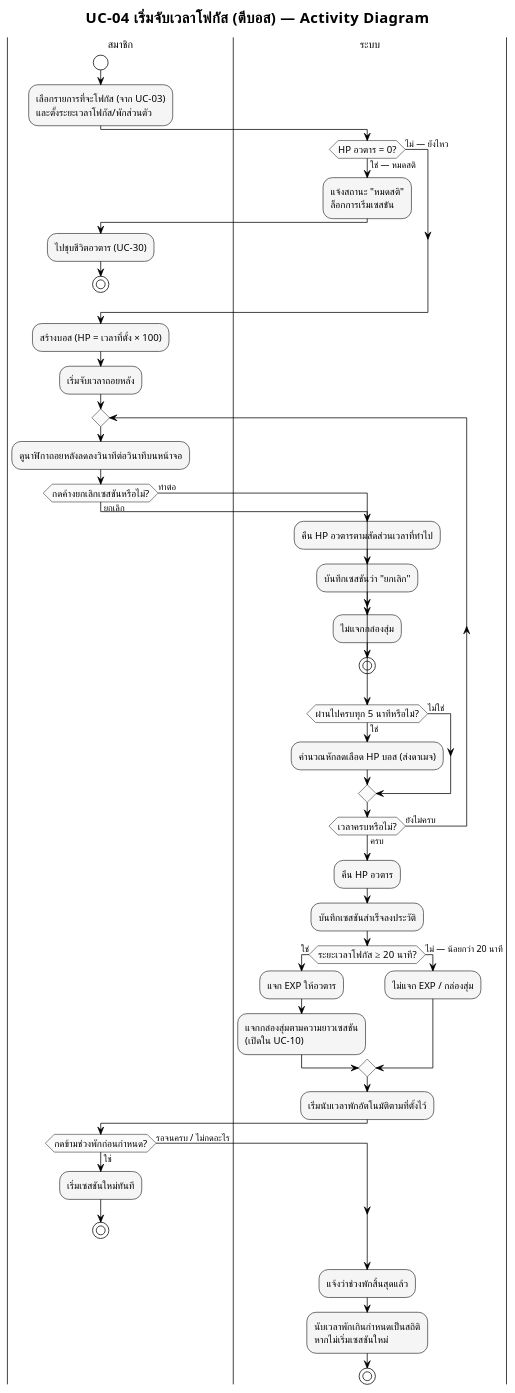
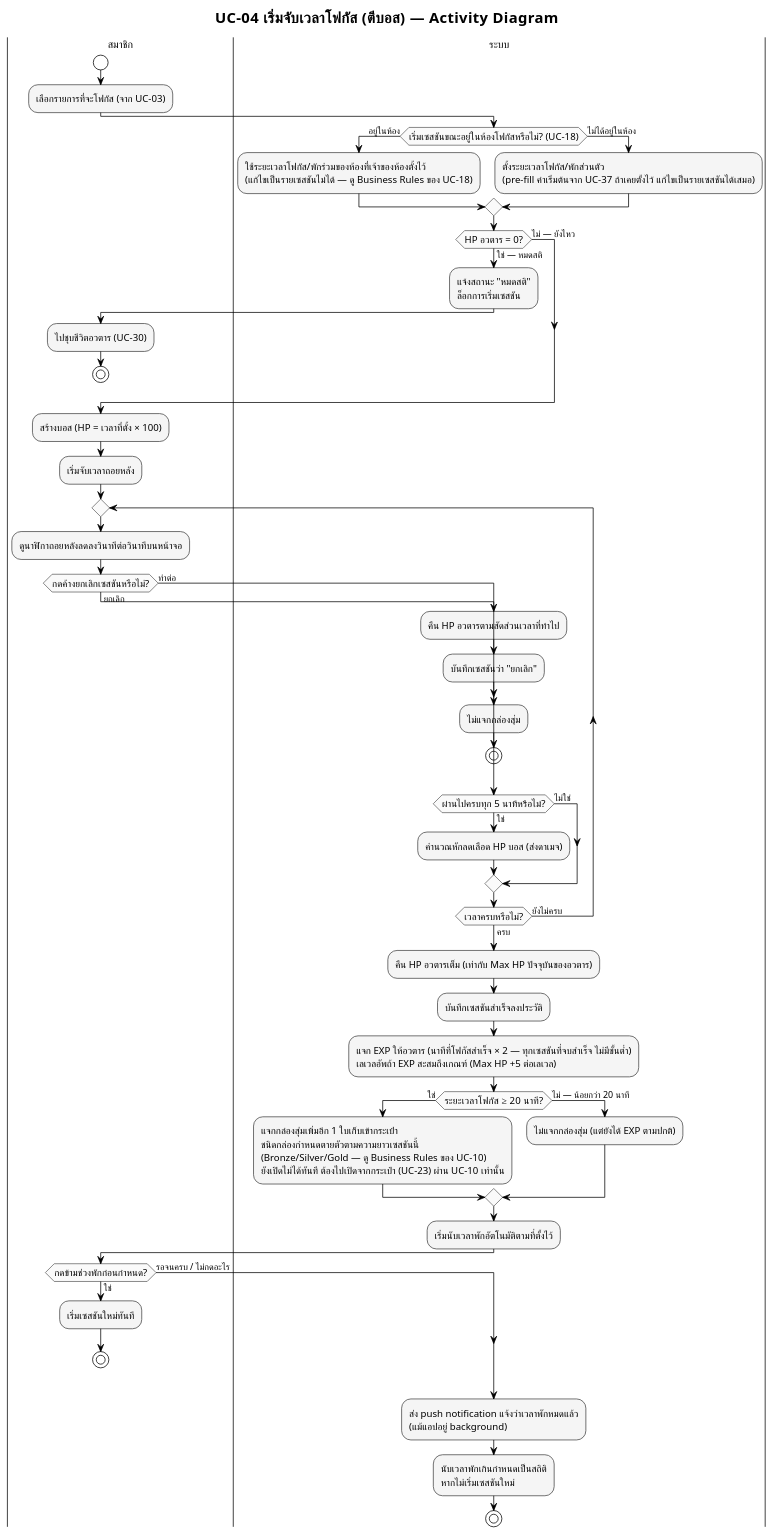
One commit to popotaroman-cloud/dssiprj-pad changed the diagram in proposal/usecase/activity_module2_uc04.puml. Above: the diagram before and after it, drawn with PlantUML. The commit also changed 34 other files, not shown here.

```diff
--- a/proposal/usecase/activity_module2_uc04.puml
+++ b/proposal/usecase/activity_module2_uc04.puml
@@ -1,86 +1,92 @@
 @startuml M2_activity_เริ่มจับเวลาโฟกัส
 !pragma layout smetana
 skinparam defaultFontName "TH Sarabun New"
 skinparam defaultFontSize 14
 
 !theme plain
 skinparam titleFontName "TH Sarabun New"
 skinparam titleFontSize 20
 skinparam noteFontName "TH Sarabun New"
 skinparam ArrowFontName "TH Sarabun New"
 skinparam ArrowFontSize 12
 skinparam swimlaneTitleFontName "TH Sarabun New"
 skinparam swimlaneTitleFontSize 14
 
 skinparam activity {
   BackgroundColor #F5F5F5
   BorderColor #424242
   FontName "TH Sarabun New"
   FontSize 13
   DiamondBackgroundColor #FAFAFA
   DiamondBorderColor #616161
 }
 
 title UC-04 เริ่มจับเวลาโฟกัส (ตีบอส) — Activity Diagram
 
 |สมาชิก|
 start
-:เลือกรายการที่จะโฟกัส (จาก UC-03)\nและตั้งระยะเวลาโฟกัส/พักส่วนตัว;
+:เลือกรายการที่จะโฟกัส (จาก UC-03);
 
 |ระบบ|
+if (เริ่มเซสชันขณะอยู่ในห้องโฟกัสหรือไม่? (UC-18)) then (อยู่ในห้อง)
+  :ใช้ระยะเวลาโฟกัส/พักร่วมของห้องที่เจ้าของห้องตั้งไว้\n(แก้ไขเป็นรายเซสชันไม่ได้ — ดู Business Rules ของ UC-18);
+else (ไม่ได้อยู่ในห้อง)
+  :ตั้งระยะเวลาโฟกัส/พักส่วนตัว\n(pre-fill ค่าเริ่มต้นจาก UC-37 ถ้าเคยตั้งไว้ แก้ไขเป็นรายเซสชันได้เสมอ);
+endif
+
 if (HP อวตาร = 0?) then (ใช่ — หมดสติ)
   :แจ้งสถานะ "หมดสติ"\nล็อกการเริ่มเซสชัน;
   |สมาชิก|
   :ไปชุบชีวิตอวตาร (UC-30);
   stop
 else (ไม่ — ยังไหว)
 endif
 
 :สร้างบอส (HP = เวลาที่ตั้ง × 100);
 :เริ่มจับเวลาถอยหลัง;
 
 |สมาชิก|
 repeat
   :ดูนาฬิกาถอยหลังลดลงวินาทีต่อวินาทีบนหน้าจอ;
   if (กดค้างยกเลิกเซสชันหรือไม่?) then (ยกเลิก)
     |ระบบ|
     :คืน HP อวตารตามสัดส่วนเวลาที่ทำไป;
     :บันทึกเซสชันว่า "ยกเลิก";
     :ไม่แจกกล่องสุ่ม;
     stop
   else (ทำต่อ)
   endif
   |ระบบ|
   if (ผ่านไปครบทุก 5 นาทีหรือไม่?) then (ใช่)
     :คำนวณหักลดเลือด HP บอส (ส่งดาเมจ);
   else (ไม่ใช่)
   endif
 repeat while (เวลาครบหรือไม่?) is (ยังไม่ครบ) not (ครบ)
 
 |ระบบ|
-:คืน HP อวตาร;
+:คืน HP อวตารเต็ม (เท่ากับ Max HP ปัจจุบันของอวตาร);
 :บันทึกเซสชันสำเร็จลงประวัติ;
 
+:แจก EXP ให้อวตาร (นาทีที่โฟกัสสำเร็จ × 2 — ทุกเซสชันที่จบสำเร็จ ไม่มีขั้นต่ำ)\nเลเวลอัพถ้า EXP สะสมถึงเกณฑ์ (Max HP +5 ต่อเลเวล);
 if (ระยะเวลาโฟกัส ≥ 20 นาที?) then (ใช่)
-  :แจก EXP ให้อวตาร;
-  :แจกกล่องสุ่มตามความยาวเซสชัน\n(เปิดใน UC-10);
+  :แจกกล่องสุ่มเพิ่มอีก 1 ใบเก็บเข้ากระเป๋า\nชนิดกล่องกำหนดตายตัวตามความยาวเซสชันนี้\n(Bronze/Silver/Gold — ดู Business Rules ของ UC-10)\nยังเปิดไม่ได้ทันที ต้องไปเปิดจากกระเป๋า (UC-23) ผ่าน UC-10 เท่านั้น;
 else (ไม่ — น้อยกว่า 20 นาที)
-  :ไม่แจก EXP / กล่องสุ่ม;
+  :ไม่แจกกล่องสุ่ม (แต่ยังได้ EXP ตามปกติ);
 endif
 
 :เริ่มนับเวลาพักอัตโนมัติตามที่ตั้งไว้;
 
 |สมาชิก|
 if (กดข้ามช่วงพักก่อนกำหนด?) then (ใช่)
   :เริ่มเซสชันใหม่ทันที;
   stop
 else (รอจนครบ / ไม่กดอะไร)
 endif
 
 |ระบบ|
-:แจ้งว่าช่วงพักสิ้นสุดแล้ว;
+:ส่ง push notification แจ้งว่าเวลาพักหมดแล้ว\n(แม้แอปอยู่ background);
 :นับเวลาพักเกินกำหนดเป็นสถิติ\nหากไม่เริ่มเซสชันใหม่;
 
 stop
 
 @enduml
```
